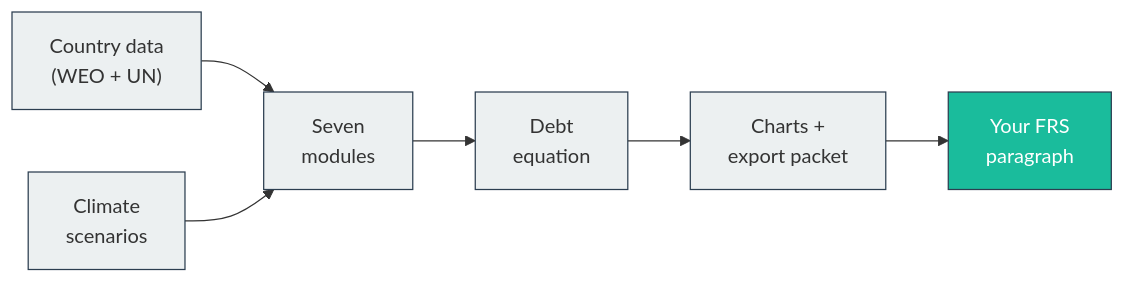
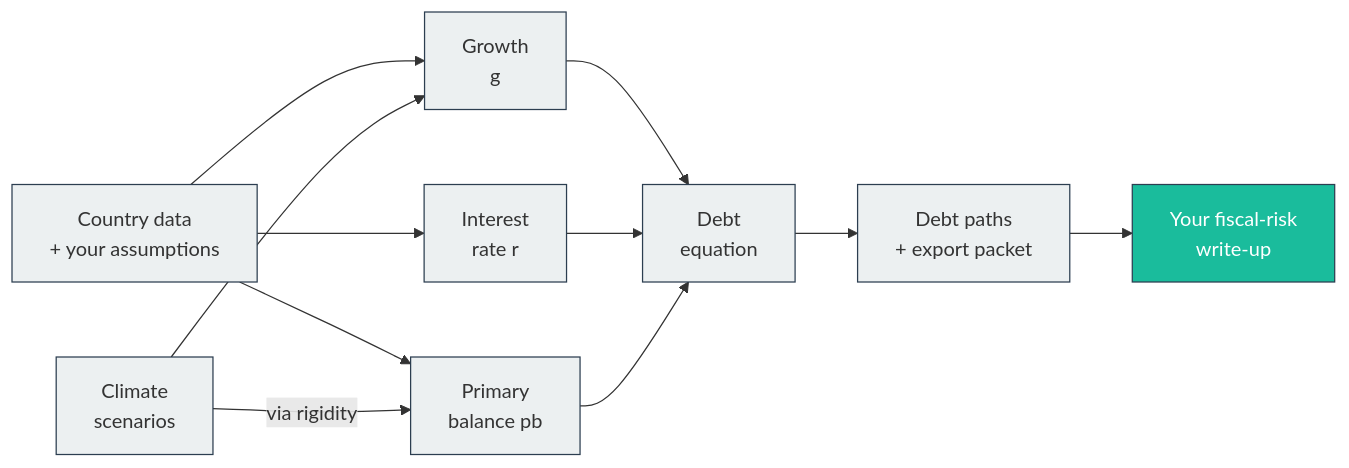
Before and after one commit to Teal-Insights/QCraft-App: the diagram in docs/companion-guide/m6-capstone.qmd, drawn with Mermaid. The commit also changed 6 other files, not shown here.

````diff
--- a/docs/companion-guide/m6-capstone.qmd
+++ b/docs/companion-guide/m6-capstone.qmd
@@ -33,17 +33,24 @@
 ```{mermaid}
 %%| fig-cap: "The last node: the document you hand over."
 %%| fig-width: 6
 flowchart LR
-    D["Country data<br>(WEO + UN)"] --> M["Seven<br>modules"]
-    S["Climate<br>scenarios"] --> M
-    M --> E["Debt<br>equation"]
-    E --> O["Charts +<br>export packet"]
-    O --> F["Your FRS<br>paragraph"]
+    D["Country data<br>+ your assumptions"] --> G["Growth<br>g"]
+    D --> R["Interest<br>rate r"]
+    D --> P["Primary<br>balance pb"]
+    C["Climate<br>scenarios"] --> G
+    C -->|"via rigidity"| P
+    G --> E["Debt<br>equation"]
+    R --> E
+    P --> E
+    E --> O["Debt paths<br>+ export packet"]
+    O --> F["Your fiscal-risk<br>write-up"]
 
     style D fill:#ECF0F1,stroke:#2C3E50
-    style S fill:#ECF0F1,stroke:#2C3E50
-    style M fill:#ECF0F1,stroke:#2C3E50
+    style C fill:#ECF0F1,stroke:#2C3E50
+    style G fill:#ECF0F1,stroke:#2C3E50
+    style R fill:#ECF0F1,stroke:#2C3E50
+    style P fill:#ECF0F1,stroke:#2C3E50
     style E fill:#ECF0F1,stroke:#2C3E50
     style O fill:#ECF0F1,stroke:#2C3E50
     style F fill:#1ABC9C,stroke:#2C3E50,color:#fff
 ```
````
